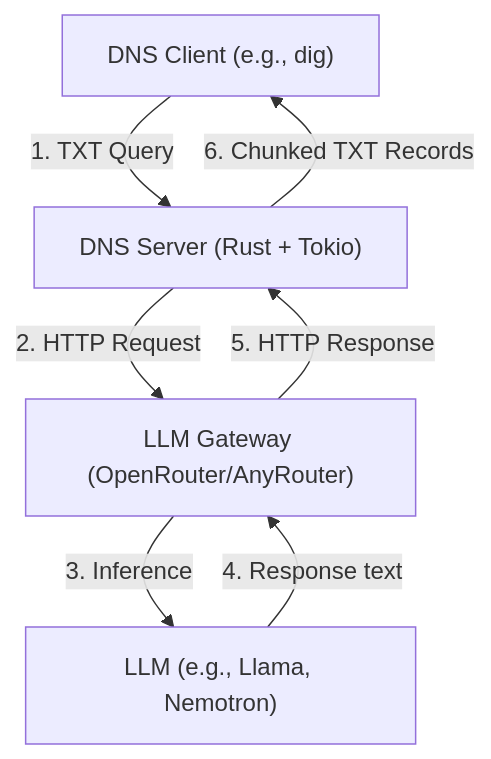
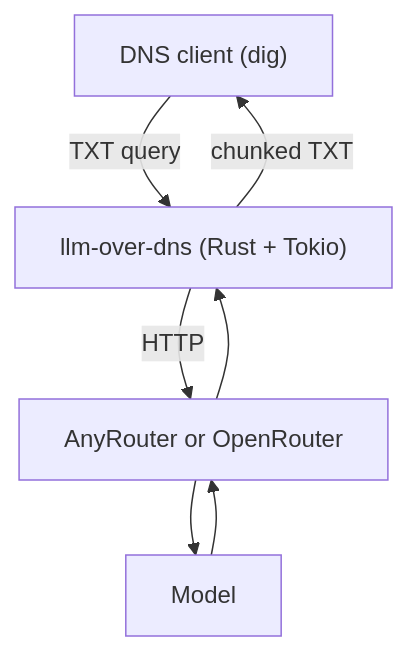
Before and after one commit to duyet/llm-over-dns: the diagram in README.md, drawn with Mermaid. The commit also changed other lines of this file, not shown here.

````diff
--- a/README.md
+++ b/README.md
@@ -112,9 +67,9 @@
 ```mermaid
 graph TD
-    Client["DNS Client (e.g., dig)"] -->|1. TXT Query| Server["DNS Server (Rust + Tokio)"]
-    Server -->|2. HTTP Request| Gateway["LLM Gateway (OpenRouter/AnyRouter)"]
-    Gateway -->|3. Inference| LLM["LLM (e.g., Llama, Nemotron)"]
-    LLM -->|4. Response text| Gateway
-    Gateway -->|5. HTTP Response| Server
-    Server -->|6. Chunked TXT Records| Client
+    Client["DNS client (dig)"] -->|TXT query| Server["llm-over-dns (Rust + Tokio)"]
+    Server -->|HTTP| Gateway["AnyRouter or OpenRouter"]
+    Gateway --> LLM["Model"]
+    LLM --> Gateway
+    Gateway --> Server
+    Server -->|chunked TXT| Client
 ```
````
